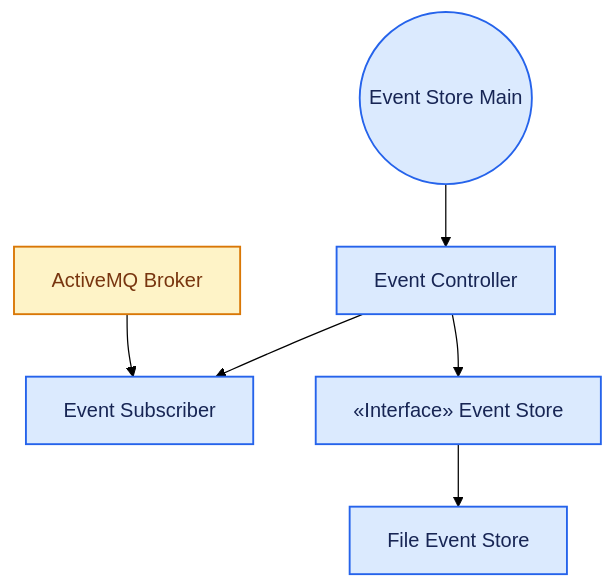
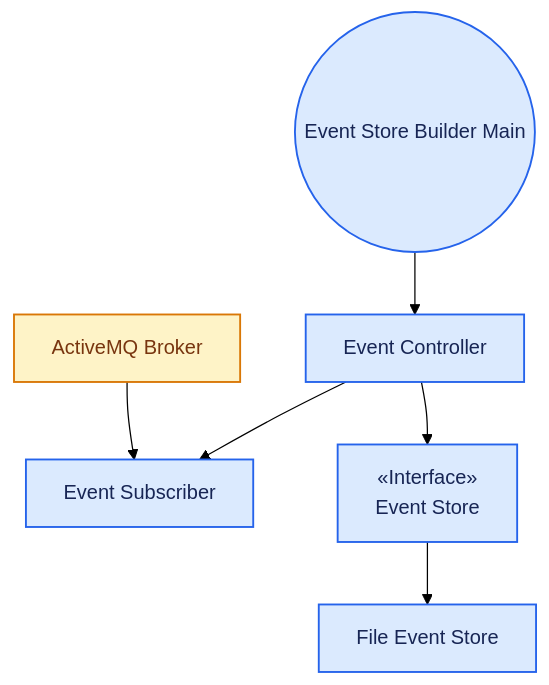
The fourth of 5 diagrams in README.md (NoVibesJustCode/sky-delay-forecast), drawn with Mermaid (forest theme) before and after one commit. The commit also changed other lines of this file, not shown here.

Commit message:
docs: update Event Store Builder diagram

````diff
--- a/README.md
+++ b/README.md
@@ -371,23 +377,24 @@
 ```mermaid
 flowchart TD
-  node_event_main(("Event Store Main")):::toneBlue
+  node_event_main(("Event Store Builder Main")):::toneBlue
   node_event_controller["Event Controller"]:::toneBlue
   node_event_subscriber["Event Subscriber"]:::toneBlue
-  node_event_store_interface["«Interface» Event Store"]:::toneBlue
+  node_event_store_interface["«Interface» 
+  Event Store"]:::toneBlue
   node_event_store["File Event Store"]:::toneBlue
   node_amq["ActiveMQ Broker"]:::toneAmber
 
   node_event_main --> node_event_controller
   node_event_controller --> node_event_subscriber
   node_amq --> node_event_subscriber
   node_event_controller --> node_event_store_interface
   node_event_store_interface --> node_event_store
 
   click node_event_main "https://github.com/novibesjustcode/sky-delay-forecast/blob/dev/event-store-builder/src/main/java/es/ulpgc/dacd/skydelay/eventstore/Main.java"
   click node_event_controller "https://github.com/novibesjustcode/sky-delay-forecast/blob/dev/event-store-builder/src/main/java/es/ulpgc/dacd/skydelay/eventstore/control/Controller.java"
   click node_event_subscriber "https://github.com/novibesjustcode/sky-delay-forecast/blob/dev/event-store-builder/src/main/java/es/ulpgc/dacd/skydelay/eventstore/control/ActiveMQEventSubscriber.java"
   click node_event_store "https://github.com/novibesjustcode/sky-delay-forecast/blob/dev/event-store-builder/src/main/java/es/ulpgc/dacd/skydelay/eventstore/control/FileEventStore.java"
 
   classDef toneBlue fill:#dbeafe,stroke:#2563eb,stroke-width:1.5px,color:#172554
   classDef toneAmber fill:#fef3c7,stroke:#d97706,stroke-width:1.5px,color:#78350f
 ```
````
